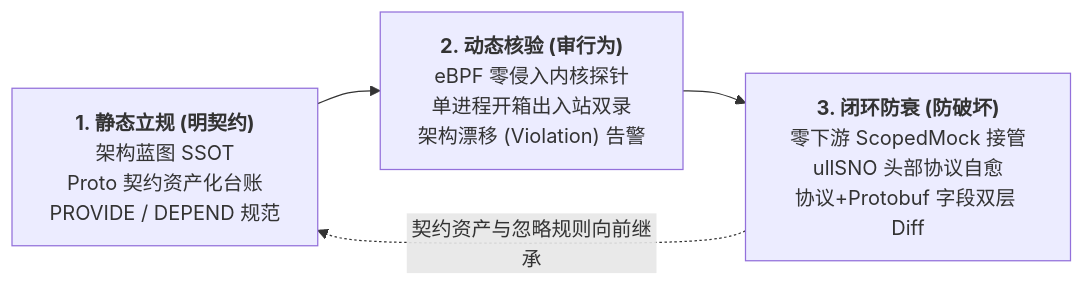
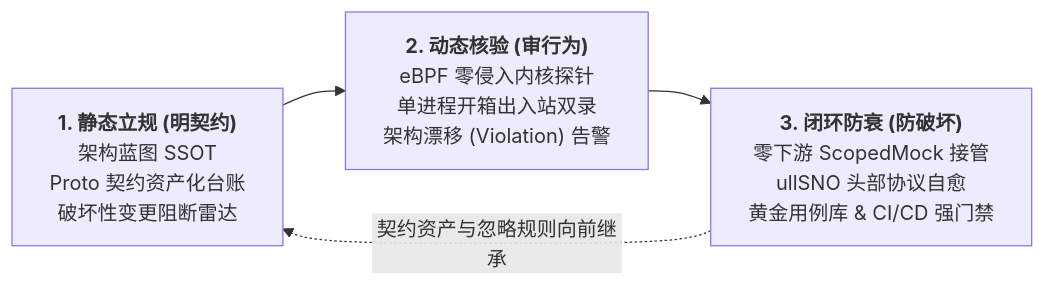
One commit to fugui/code-traefik changed the first of 2 diagrams in README.md. Above: the diagram before and after it, drawn with Mermaid. The commit also changed other lines of this file and 4 other files, not shown here.

````diff
--- a/README.md
+++ b/README.md
@@ -19,6 +19,6 @@
 ```mermaid
 flowchart LR
-    A["<b>1. 静态立规 (明契约)</b><br/>架构蓝图 SSOT<br/>Proto 契约资产化台账<br/>PROVIDE / DEPEND 规范"] --> B["<b>2. 动态核验 (审行为)</b><br/>eBPF 零侵入内核探针<br/>单进程开箱出入站双录<br/>架构漂移 (Violation) 告警"]
-    B --> C["<b>3. 闭环防衰 (防破坏)</b><br/>零下游 ScopedMock 接管<br/>ullSNO 头部协议自愈<br/>协议+Protobuf 字段双层 Diff"]
+    A["<b>1. 静态立规 (明契约)</b><br/>架构蓝图 SSOT<br/>Proto 契约资产化台账<br/>破坏性变更阻断雷达"] --> B["<b>2. 动态核验 (审行为)</b><br/>eBPF 零侵入内核探针<br/>单进程开箱出入站双录<br/>架构漂移 (Violation) 告警"]
+    B --> C["<b>3. 闭环防衰 (防破坏)</b><br/>零下游 ScopedMock 接管<br/>ullSNO 头部协议自愈<br/>黄金用例库 & CI/CD 强门禁"]
     C -. "契约资产与忽略规则向前继承" .-> A
 ```
````
